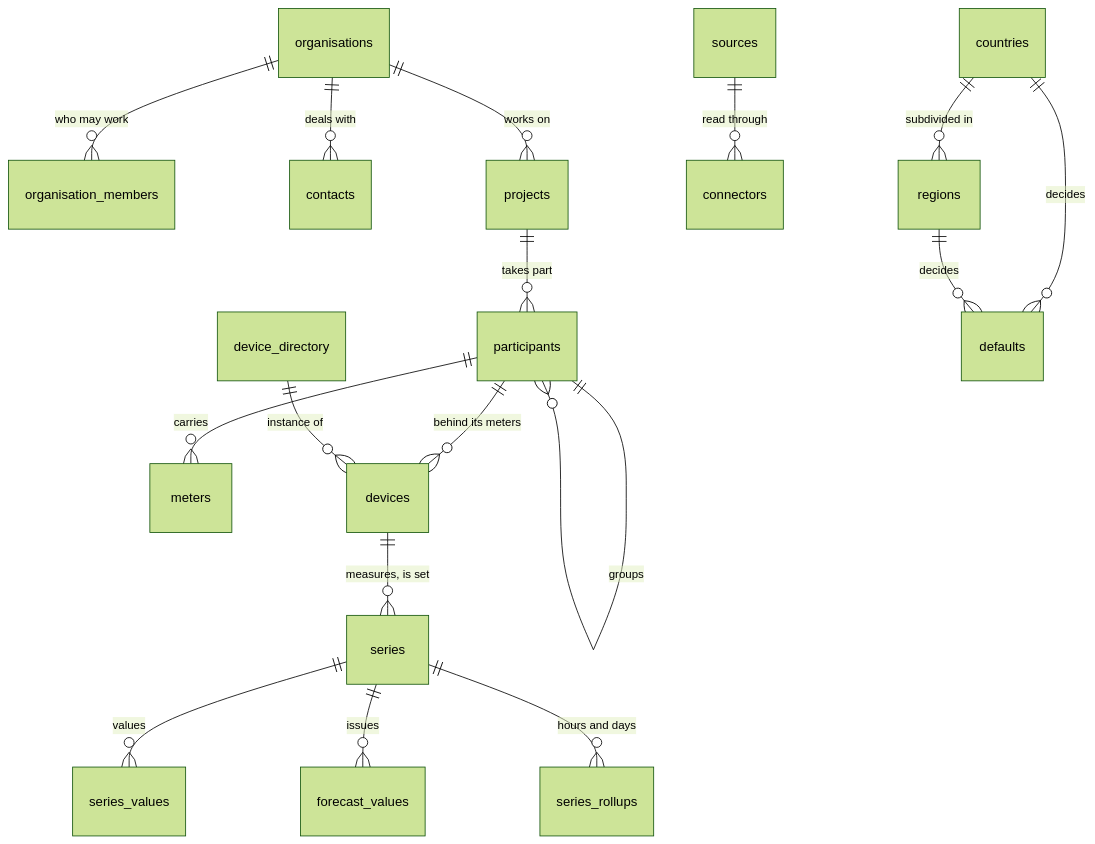
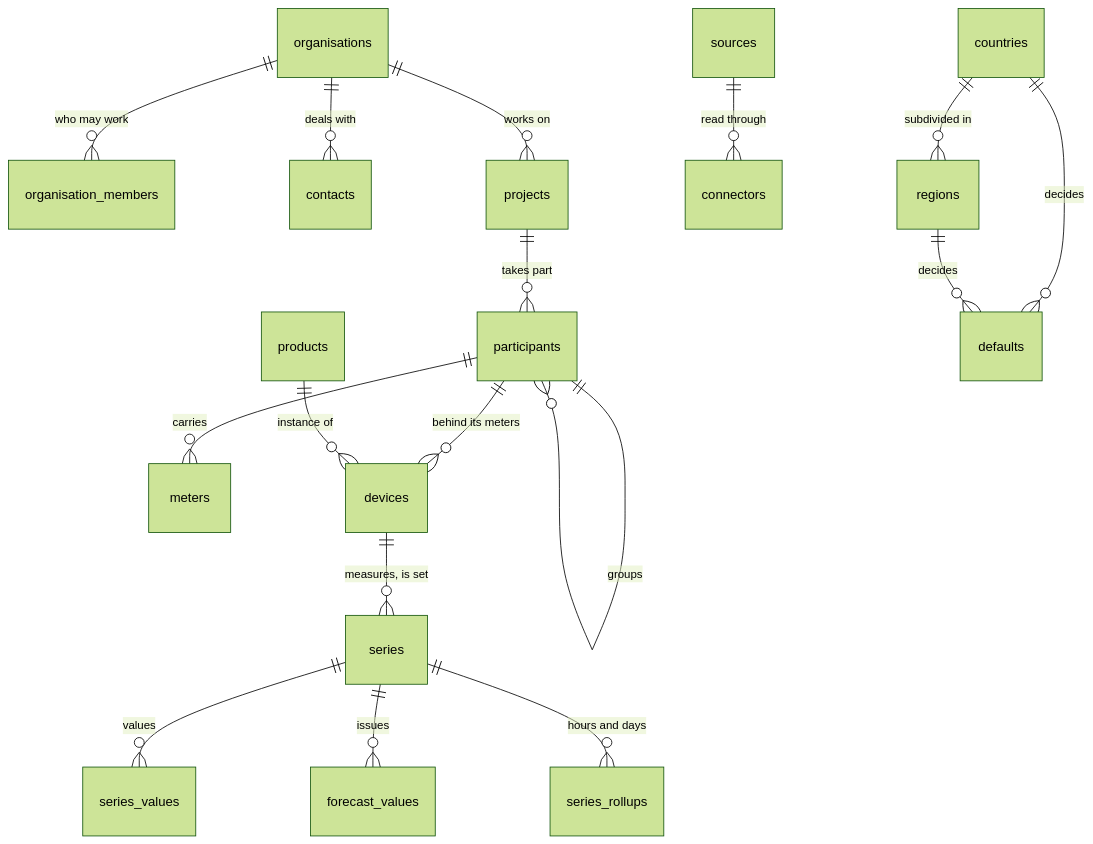
Before and after one commit to nexgen-os/nexgen-os: the first of 2 diagrams in docs/model.md, drawn with Mermaid (forest theme). The commit also changed other lines of this file and 14 other files, not shown here.

First line of the commit message:
refactor(core): products, the catalogue a device is an instance of

````diff
--- a/docs/model.md
+++ b/docs/model.md
@@ -18,19 +18,19 @@
 ```mermaid
 erDiagram
   organisations ||--o{ organisation_members : "who may work"
   organisations ||--o{ contacts : "deals with"
   organisations ||--o{ projects : "works on"
   projects ||--o{ participants : "takes part"
   participants ||--o{ participants : "groups"
   participants ||--o{ meters : carries
   participants ||--o{ devices : "behind its meters"
-  device_directory ||--o{ devices : "instance of"
+  products ||--o{ devices : "instance of"
   devices ||--o{ series : "measures, is set"
   series ||--o{ series_values : values
   series ||--o{ forecast_values : issues
   series ||--o{ series_rollups : "hours and days"
   sources ||--o{ connectors : "read through"
   countries ||--o{ regions : "subdivided in"
   countries ||--o{ defaults : decides
   regions ||--o{ defaults : decides
 ```
````
